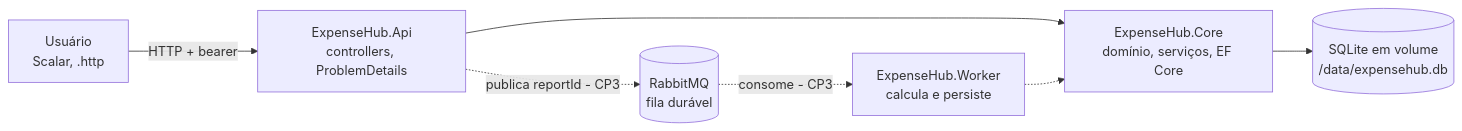
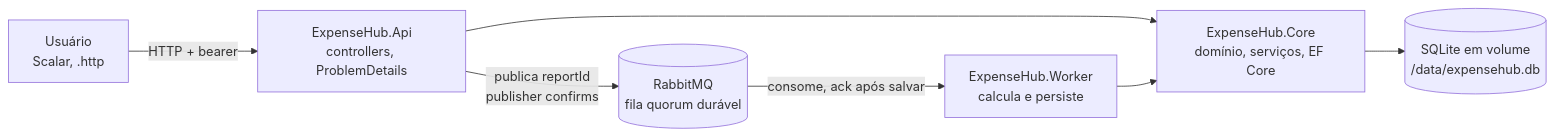
One commit to gh-johnny/fiap-expensehub changed the diagram in README.md. Above: the diagram before and after it, drawn with Mermaid. The commit also changed other lines of this file and 1 other file, not shown here.

Commit message:
docs(worker): document processing, retries, resumption and verified flows

````diff
--- a/README.md
+++ b/README.md
@@ -60,9 +60,9 @@
 ```mermaid
 flowchart LR
     U[Usuário<br/>Scalar, .http] -->|HTTP + bearer| API[ExpenseHub.Api<br/>controllers, ProblemDetails]
     API --> CORE[ExpenseHub.Core<br/>domínio, serviços, EF Core]
     CORE --> DB[(SQLite em volume<br/>/data/expensehub.db)]
-    API -.->|publica reportId - CP3| MQ[(RabbitMQ<br/>fila durável)]
-    MQ -.->|consome - CP3| W[ExpenseHub.Worker<br/>calcula e persiste]
-    W -.-> CORE
+    API -->|publica reportId<br/>publisher confirms| MQ[(RabbitMQ<br/>fila quorum durável)]
+    MQ -->|consome, ack após salvar| W[ExpenseHub.Worker<br/>calcula e persiste]
+    W --> CORE
 ```
````
